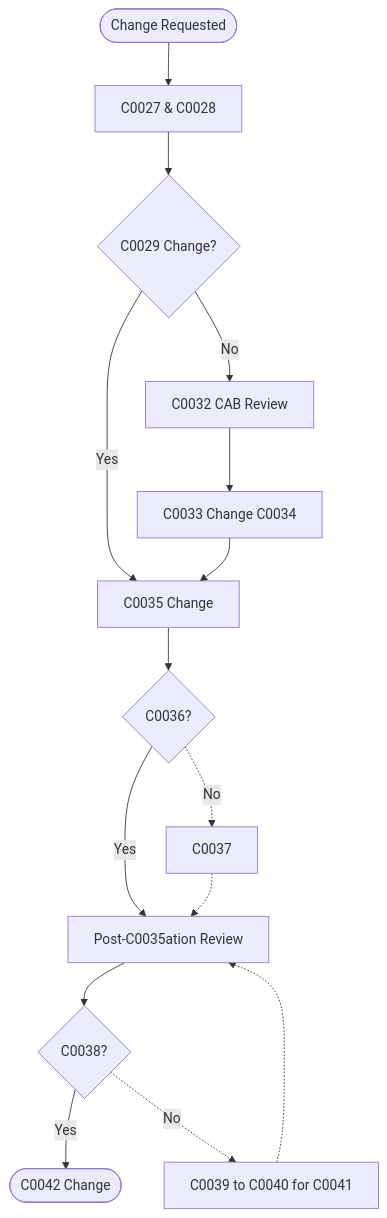
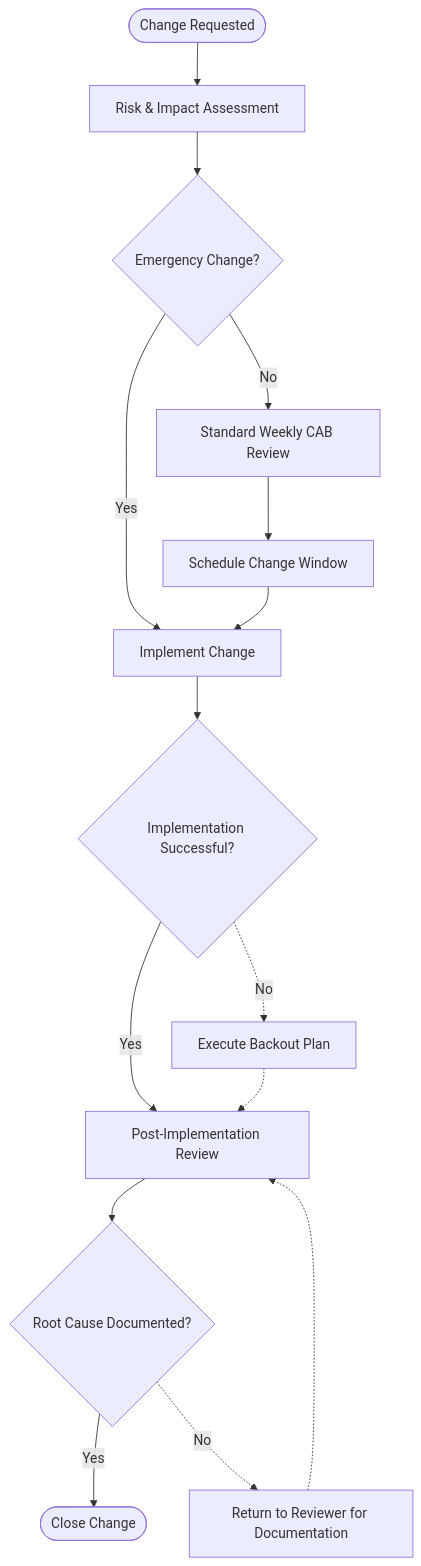
Before and after one commit to callgenix/bpm-diagrams: the diagram in drawio_DRAWIO.mmd, drawn with Mermaid.

Commit message:
[ITSEC-002] Removed node n4 ("Expedited CAB Approval") and rerouted the "Yes" branch from decision n3 directly i… — DRAWIO

```diff
--- a/drawio_DRAWIO.mmd
+++ b/drawio_DRAWIO.mmd
@@ -1,53 +1,41 @@
 flowchart TD
-    n1(["Change Requested"])
-    %% R01
-    n2["C0027 & C0028"]
-    %% R01
-    n3{"C0029 Change?"}
-    %% R01
-    n5["C0032 CAB Review"]
-    %% R01
-    n7["C0033 Change C0034"]
-    %% R01
-    n6["C0035 Change"]
-    %% R01
-    n8{"C0036?"}
-    %% R01
-    n10["C0037"]
-    %% R01
-    n9["Post-C0035ation Review"]
-    %% R01
-    n12{"C0038?"}
-    %% R01
-    n13["C0039 to C0040 for C0041"]
-    %% R01
-    n11(["C0042 Change"])
-    %% R01
+n1(["Change Requested"])
+n2["Risk & Impact Assessment"]
+n3{"Emergency Change?"}
+n5["Standard Weekly CAB Review"]
+n7["Schedule Change Window"]
+n6["Implement Change"]
+n8{"Implementation Successful?"}
+n10["Execute Backout Plan"]
+n9["Post-Implementation Review"]
+n12{"Root Cause Documented?"}
+n13["Return to Reviewer for Documentation"]
+n11(["Close Change"])
 
-    n1 --> n2
-    n2 --> n3
-    %% [1] start — removed CAB C0031 node, rerouted Yes branch directly to n6
-    n3 -->|Yes| n6
-    %% [1] end
-    n3 -->|No| n5
-    n5 --> n7
-    n7 --> n6
-    n6 --> n8
-    n8 -->|Yes| n9
-    n8 -.->|No| n10
-    n10 -.-> n9
-    n9 --> n12
-    n12 -->|Yes| n11
-    n12 -.->|No| n13
-    n13 -.-> n9
+n1 --> n2
+n2 --> n3
+%% ⚡ CHANGED SECTION — removed n4 node, rerouted Yes branch from n3 directly to n6
+n3 -->|Yes| n6
+%% END CHANGED SECTION
+n3 -->|No| n5
+n5 --> n7
+n7 --> n6
+n6 --> n8
+n8 -->|Yes| n9
+n8 -.->|No| n10
+n10 -.-> n9
+n9 --> n12
+n12 -->|Yes| n11
+n12 -.->|No| n13
+n13 -.-> n9
 
 %% EXPLANATION:
-%% This diagram represents an IT Change Management / Emergency Change Request process,
-%% covering the path from change request submission through emergency classification,
-%% CAB review, implementation, and post-implementation review with rework loops.
+%% This diagram documents an IT change management workflow, including
+%% Change Advisory Board (CAB) review, emergency change approval branches,
+%% implementation, and post-implementation review steps.
 
 %% ═══ ROLES ═══
-%% R01 Change Requester/Process
+%% R01 Change Requester/Process Owner
 
 %% ═══ CHANGE LOG ═══
-%% [1] Removed CAB C0031 node — deleted the "C0030 CAB C0031" task node and rerouted the "Yes" branch from the C0029 decision directly to the C0035 Change task.
+%% [1] Removed CAB Approval node — Deleted n4 "Expedited CAB Approval" and rerouted the "Yes" branch from n3 directly to n6 to preserve flow continuity.
```
